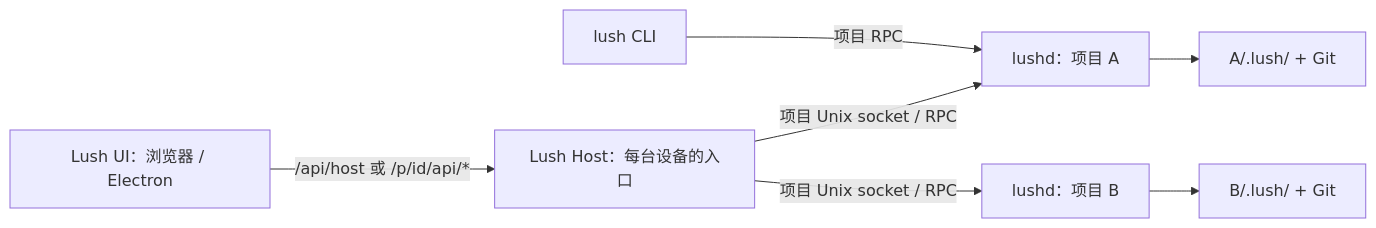
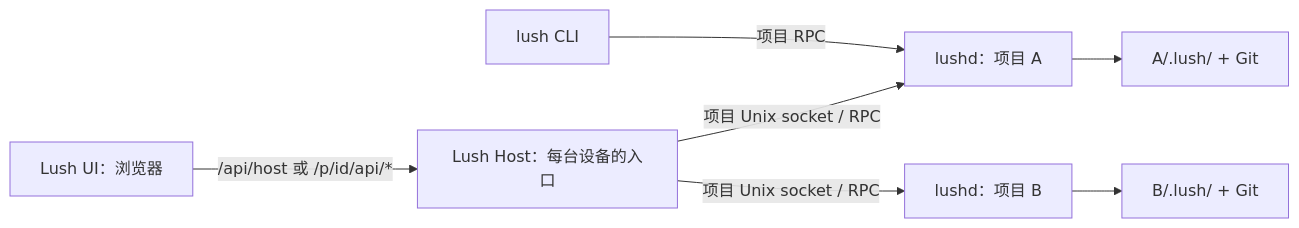
One commit to Loyage/lush changed the diagram in docs/engineering/host-boundary.md. Above: the diagram before and after it, drawn with Mermaid. The commit also changed other lines of this file and 138 other files, not shown here.

````diff
--- a/docs/engineering/host-boundary.md
+++ b/docs/engineering/host-boundary.md
@@ -3,9 +3,9 @@
 ```mermaid
 flowchart LR
-  UI["Lush UI：浏览器 / Electron"] -->|"/api/host 或 /p/id/api/*"| Host["Lush Host：每台设备的入口"]
+  UI["Lush UI：浏览器"] -->|"/api/host 或 /p/id/api/*"| Host["Lush Host：每台设备的入口"]
   CLI["lush CLI"] -->|"项目 RPC"| D1
   Host -->|"项目 Unix socket / RPC"| D1["lushd：项目 A"]
   Host -->|"项目 Unix socket / RPC"| D2["lushd：项目 B"]
   D1 --> A["A/.lush/ + Git"]
   D2 --> B["B/.lush/ + Git"]
 ```
````
